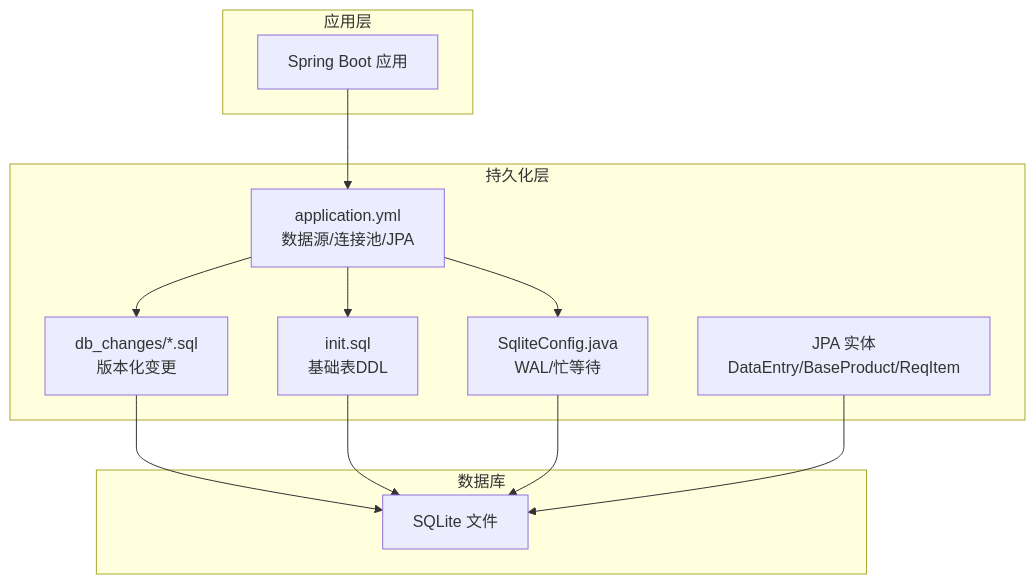
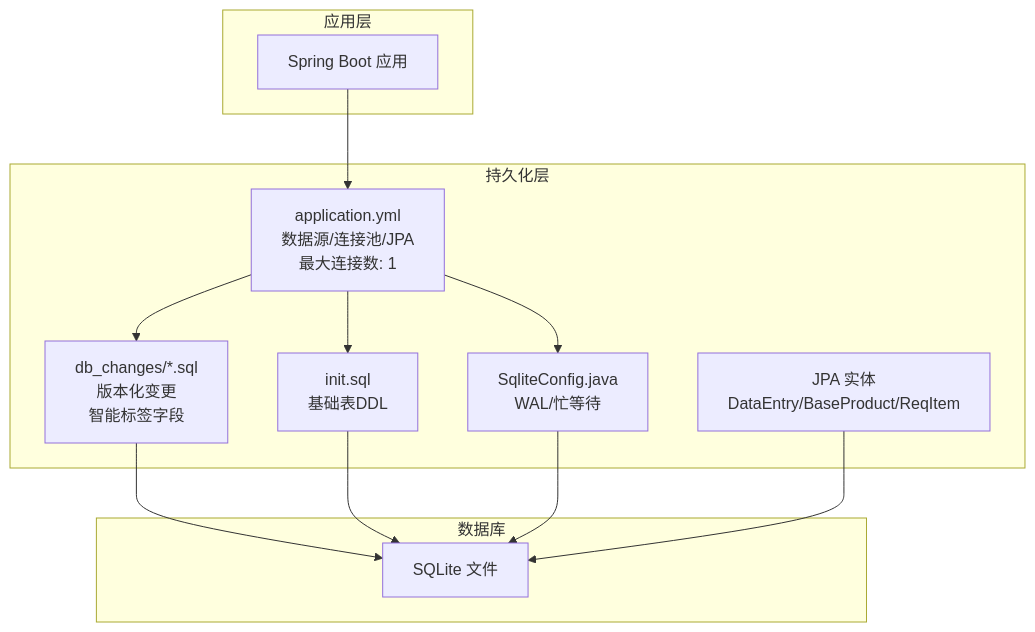
Before and after one commit to kinke0/ProductList: the second of 8 diagrams in .qoder/repowiki/zh/content/数据库设计/数据模型设计/数据库架构设计.md, drawn with Mermaid. The commit also changed other lines of this file and 106 other files, not shown here.

Commit message:
V1.1.0: 修复清单导航树不匹配+统计视图加载遮罩+上下移提示

````diff
--- a/.qoder/repowiki/zh/content/数据库设计/数据模型设计/数据库架构设计.md
+++ b/.qoder/repowiki/zh/content/数据库设计/数据模型设计/数据库架构设计.md
@@ -114,24 +117,24 @@
 ```mermaid
 graph TB
 subgraph "应用层"
 APP["Spring Boot 应用"]
 end
 subgraph "持久化层"
-CFG["application.yml<br/>数据源/连接池/JPA"]
+CFG["application.yml<br/>数据源/连接池/JPA<br/>最大连接数: 1"]
 PRAGMA["SqliteConfig.java<br/>WAL/忙等待"]
 INIT["init.sql<br/>基础表DDL"]
-CHG["db_changes/*.sql<br/>版本化变更"]
+CHG["db_changes/*.sql<br/>版本化变更<br/>智能标签字段"]
 ENT["JPA 实体<br/>DataEntry/BaseProduct/ReqItem"]
 end
 subgraph "数据库"
 DB["SQLite 文件"]
 end
 APP --> CFG
 CFG --> PRAGMA
 CFG --> INIT
 CFG --> CHG
 CHG --> DB
 INIT --> DB
 PRAGMA --> DB
 ENT --> DB
 ```
````
